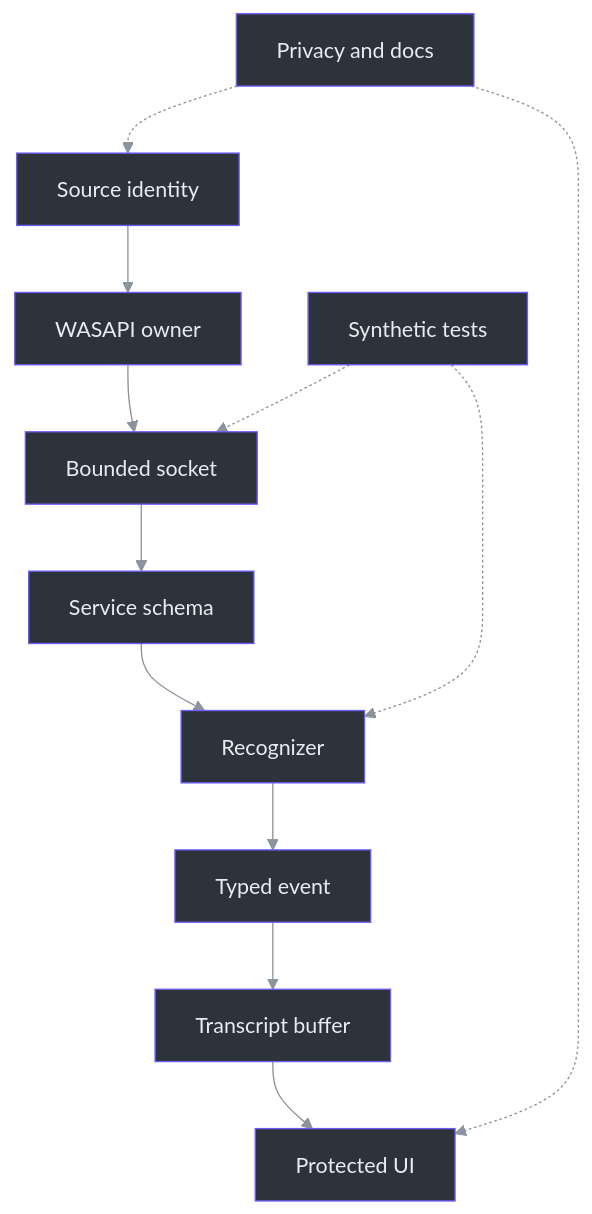
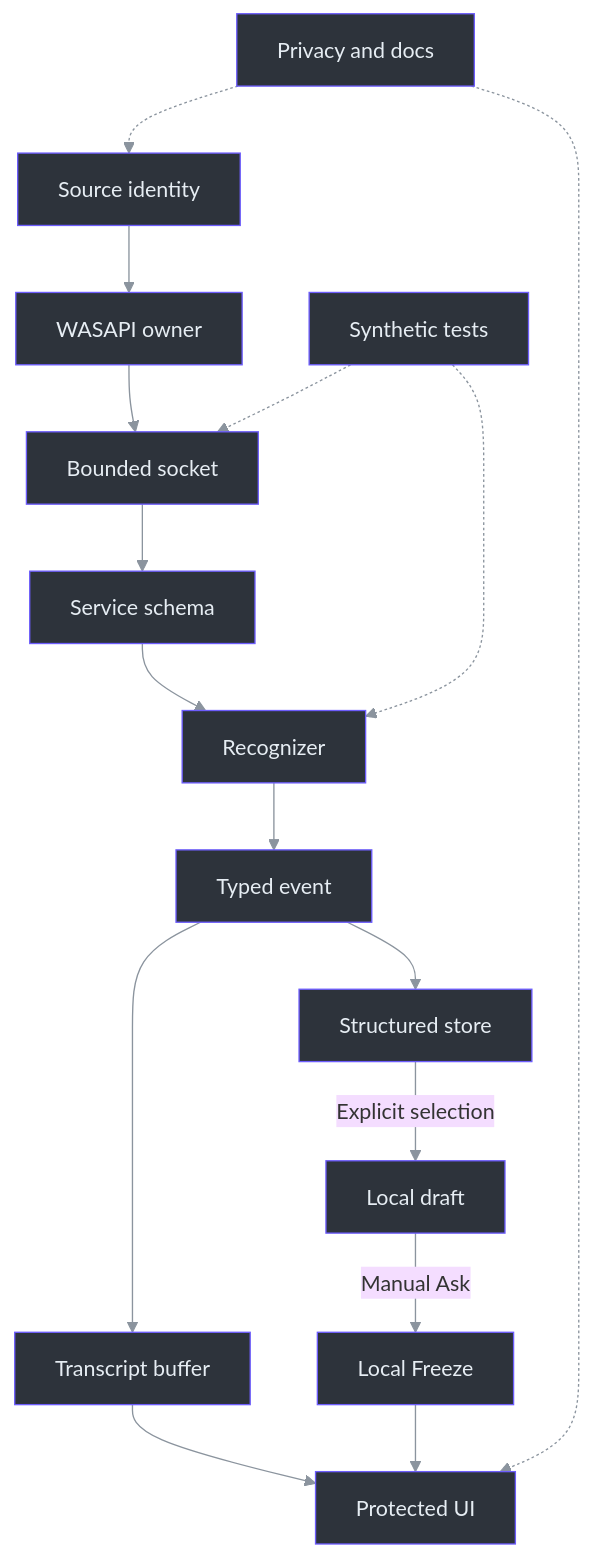
One commit to Zanark/phantom-fudge changed the diagram in docs/handbook/assets/diagrams/18-extending-the-system-01.mmd. Above: the diagram before and after it, drawn with Mermaid. The commit also changed 107 other files, not shown here.

```diff
--- a/docs/handbook/assets/diagrams/18-extending-the-system-01.mmd
+++ b/docs/handbook/assets/diagrams/18-extending-the-system-01.mmd
@@ -1,32 +1,39 @@
 ---
 config:
   theme: base
   themeVariables:
     lineColor: "#8b949e"
     textColor: "#e6edf3"
 ---
 flowchart TB
     accTitle: Existing extension surfaces along the audio path
-    accDescr: A source change crosses selection, capture, transport, service, events, and UI; tests and policy review span the path.
+    accDescr: Typed events feed both display text and structured local questions. Explicit selection and Ask lead to a local snapshot, while tests and privacy review span every extension surface.
     Source["Source identity"] --> Capture["WASAPI owner"]
     Capture --> Socket["Bounded socket"]
     Socket --> Service["Service schema"]
     Service --> Decoder["Recognizer"]
     Decoder --> Event["Typed event"]
     Event --> Buffer["Transcript buffer"]
     Buffer --> UI["Protected UI"]
+    Event --> Store["Structured store"]
+    Store -->|Explicit selection| Draft["Local draft"]
+    Draft -->|Manual Ask| Frozen["Local Freeze"]
+    Frozen --> UI
     Tests["Synthetic tests"] -.-> Socket
     Tests -.-> Decoder
     Policy["Privacy and docs"] -.-> Source
     Policy -.-> UI
     style Source fill:#2d333b,stroke:#6d5dfc,color:#e6edf3
     style Capture fill:#2d333b,stroke:#6d5dfc,color:#e6edf3
     style Socket fill:#2d333b,stroke:#6d5dfc,color:#e6edf3
     style Service fill:#2d333b,stroke:#6d5dfc,color:#e6edf3
     style Decoder fill:#2d333b,stroke:#6d5dfc,color:#e6edf3
     style Event fill:#2d333b,stroke:#6d5dfc,color:#e6edf3
     style Buffer fill:#2d333b,stroke:#6d5dfc,color:#e6edf3
+    style Store fill:#2d333b,stroke:#6d5dfc,color:#e6edf3
+    style Draft fill:#2d333b,stroke:#6d5dfc,color:#e6edf3
+    style Frozen fill:#2d333b,stroke:#6d5dfc,color:#e6edf3
     style UI fill:#2d333b,stroke:#6d5dfc,color:#e6edf3
     style Tests fill:#2d333b,stroke:#6d5dfc,color:#e6edf3
     style Policy fill:#2d333b,stroke:#6d5dfc,color:#e6edf3
     linkStyle default stroke:#8b949e
```
